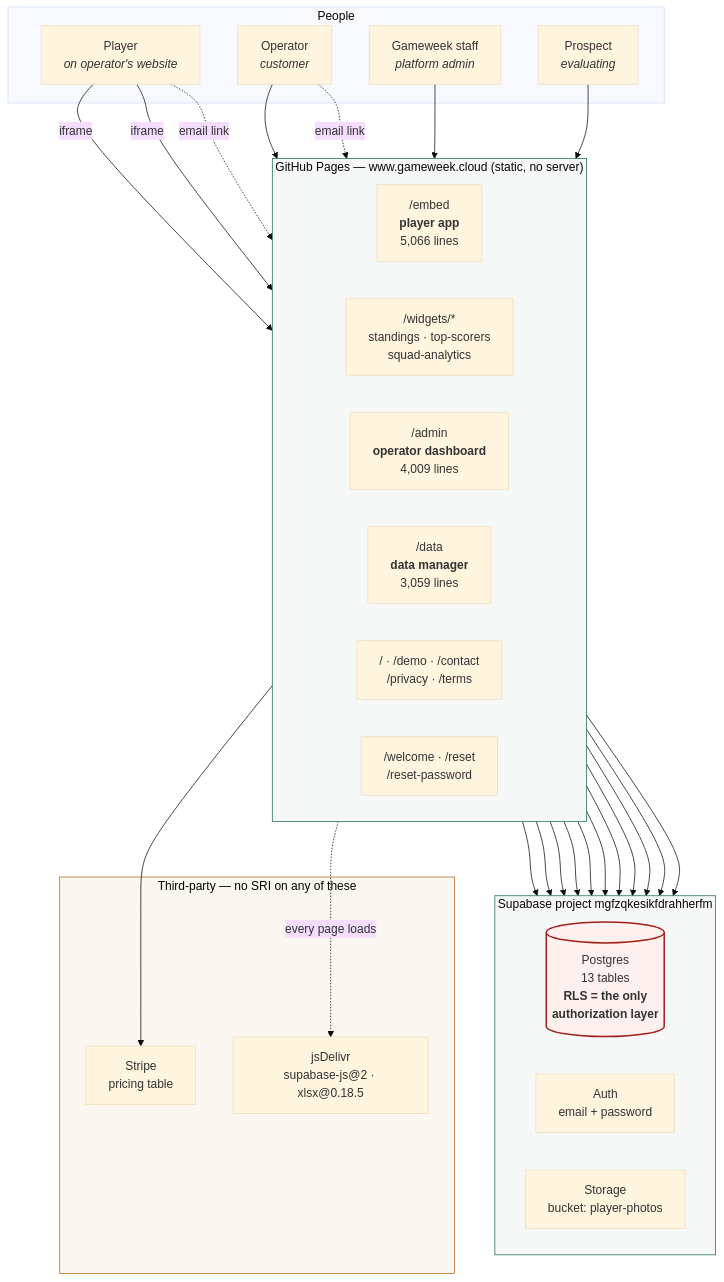
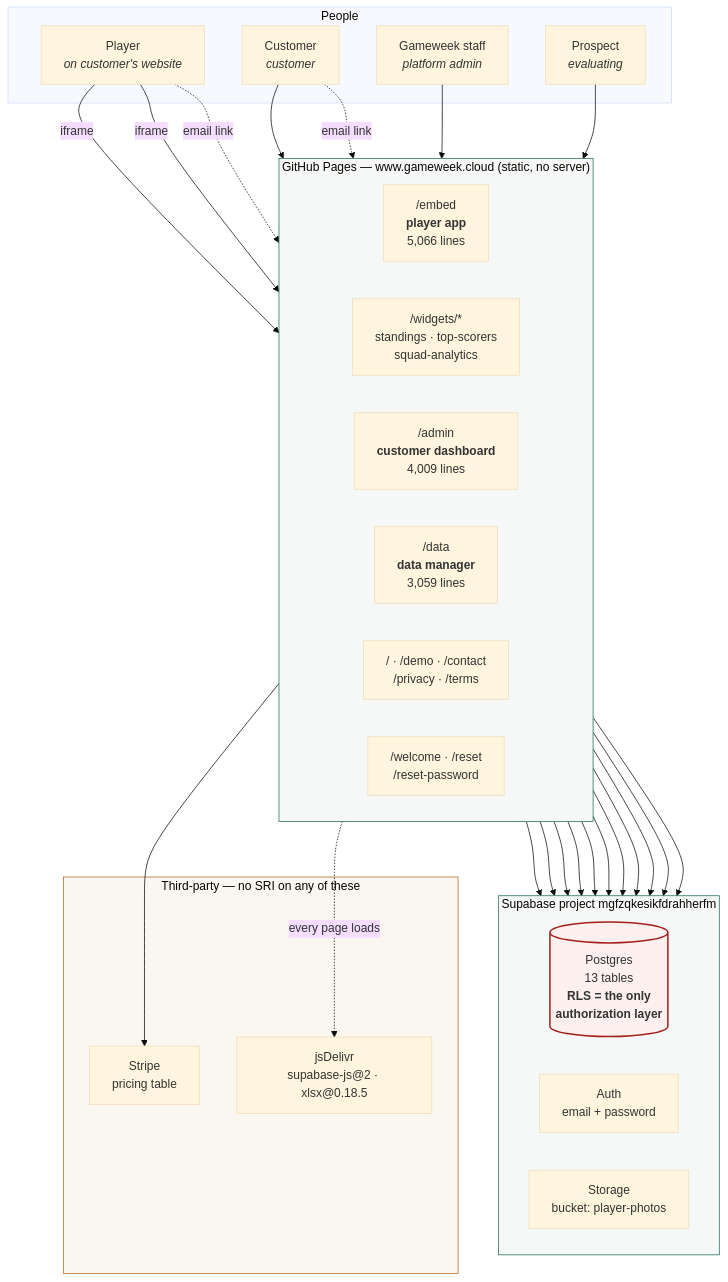
The first of 8 diagrams in docs/ARCHITECTURE.md (matchinist/gameweek), drawn with Mermaid (base theme) before and after one commit. The commit also changed other lines of this file and 42 other files, not shown here.

````diff
--- a/docs/ARCHITECTURE.md
+++ b/docs/ARCHITECTURE.md
@@ -15,59 +15,59 @@
 ```mermaid
 flowchart TB
     subgraph visitors["People"]
-        player["Player<br/><i>on operator's website</i>"]
-        operator["Operator<br/><i>customer</i>"]
+        player["Player<br/><i>on customer's website</i>"]
+        customer["Customer<br/><i>customer</i>"]
         staff["Gameweek staff<br/><i>platform admin</i>"]
         prospect["Prospect<br/><i>evaluating</i>"]
     end
 
     subgraph pages["GitHub Pages — www.gameweek.cloud (static, no server)"]
         direction LR
         embed["/embed<br/><b>player app</b><br/>5,066 lines"]
         widgets["/widgets/*<br/>standings · top-scorers<br/>squad-analytics"]
-        admin["/admin<br/><b>operator dashboard</b><br/>4,009 lines"]
+        admin["/admin<br/><b>customer dashboard</b><br/>4,009 lines"]
         data["/data<br/><b>data manager</b><br/>3,059 lines"]
         marketing["/ · /demo · /contact<br/>/privacy · /terms"]
         authpages["/welcome · /reset<br/>/reset-password"]
     end
 
     subgraph supabase["Supabase project mgfzqkesikfdrahherfm"]
         direction LR
         pg[("Postgres<br/>13 tables<br/><b>RLS = the only<br/>authorization layer</b>")]
         auth["Auth<br/>email + password"]
         storage["Storage<br/>bucket: player-photos"]
     end
 
     subgraph third["Third-party — no SRI on any of these"]
         cdn["jsDelivr<br/>supabase-js@2 · xlsx@0.18.5"]
         stripe["Stripe<br/>pricing table"]
     end
 
     player -->|iframe| embed
     player -->|iframe| widgets
-    operator --> admin
+    customer --> admin
     staff --> data
     prospect --> marketing
     player -.->|email link| authpages
-    operator -.->|email link| authpages
+    customer -.->|email link| authpages
 
     embed --> pg
     embed --> auth
     widgets --> pg
     admin --> pg
     admin --> auth
     admin --> storage
     admin --> stripe
     data --> pg
     data --> auth
     data --> storage
     authpages --> auth
     authpages --> pg
 
     pages -.->|"every page loads"| cdn
 
     style pg fill:#fdf0ee,stroke:#a3201a,stroke-width:2px
     style supabase fill:#f5f8f6,stroke:#1e6b5e
     style pages fill:#f5f8f6,stroke:#1e6b5e
     style third fill:#faf6f0,stroke:#b4671c
 ```
````
